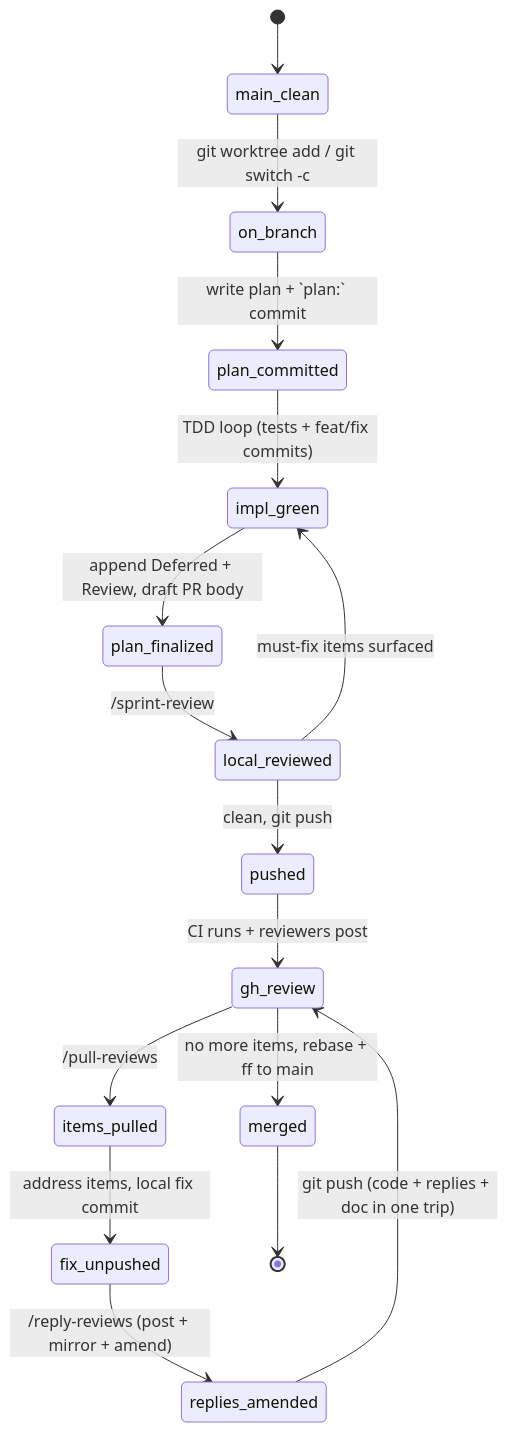
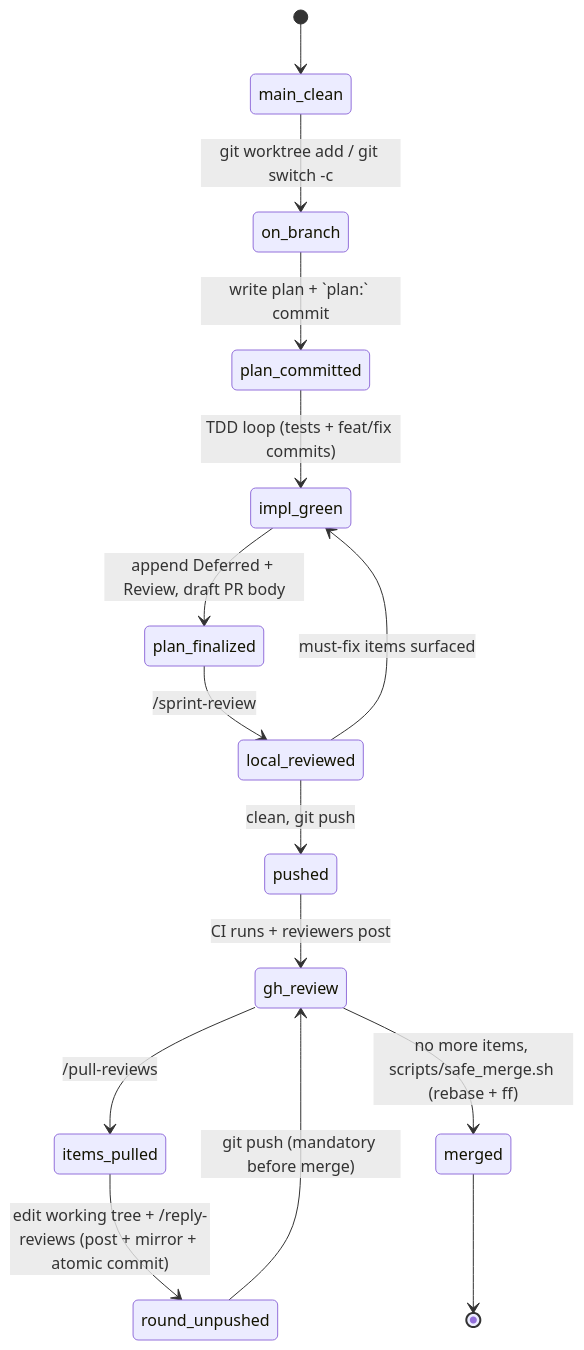
One commit to cmk/template-rust changed the first of 2 diagrams in doc/workflow.md. Above: the diagram before and after it, drawn with Mermaid. The commit also changed other lines of this file and 6 other files, not shown here.

First line of the commit message:
doc: Restructure review-round FSM + sprint-review autonomy + safe_merge guard

````diff
--- a/doc/workflow.md
+++ b/doc/workflow.md
@@ -18,18 +18,17 @@
 ```mermaid
 stateDiagram-v2
     [*] --> main_clean
     main_clean --> on_branch: git worktree add / git switch -c
     on_branch --> plan_committed: write plan + `plan:` commit
     plan_committed --> impl_green: TDD loop (tests + feat/fix commits)
     impl_green --> plan_finalized: append Deferred + Review, draft PR body
     plan_finalized --> local_reviewed: /sprint-review
     local_reviewed --> impl_green: must-fix items surfaced
     local_reviewed --> pushed: clean, git push
     pushed --> gh_review: CI runs + reviewers post
     gh_review --> items_pulled: /pull-reviews
-    items_pulled --> fix_unpushed: address items, local fix commit
-    fix_unpushed --> replies_amended: /reply-reviews (post + mirror + amend)
-    replies_amended --> gh_review: git push (code + replies + doc in one trip)
-    gh_review --> merged: no more items, rebase + ff to main
+    items_pulled --> round_unpushed: edit working tree + /reply-reviews (post + mirror + atomic commit)
+    round_unpushed --> gh_review: git push (mandatory before merge)
+    gh_review --> merged: no more items, scripts/safe_merge.sh (rebase + ff)
     merged --> [*]
 ```
````
